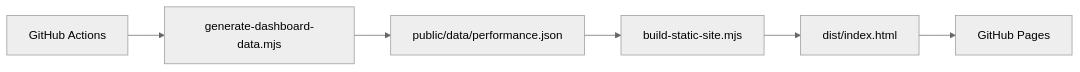
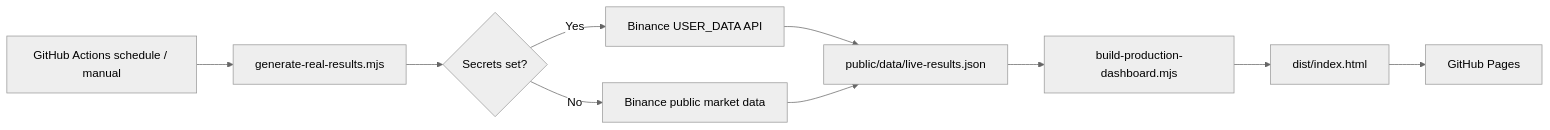
One commit to univcorp2-ctrl/crypto-auto-trade-sim changed the diagram in docs/architecture.md. Above: the diagram before and after it, drawn with Mermaid (neutral theme). The commit also changed other lines of this file, not shown here.

Commit message:
Implement production real-data trading results dashboard

````diff
--- a/docs/architecture.md
+++ b/docs/architecture.md
@@ -3,8 +3,12 @@
 ```mermaid
 flowchart LR
-  A[GitHub Actions] --> B[generate-dashboard-data.mjs]
-  B --> C[public/data/performance.json]
-  C --> D[build-static-site.mjs]
-  D --> E[dist/index.html]
-  E --> F[GitHub Pages]
+  A[GitHub Actions schedule / manual] --> B[generate-real-results.mjs]
+  B --> C{Secrets set?}
+  C -->|Yes| D[Binance USER_DATA API]
+  C -->|No| E[Binance public market data]
+  D --> F[public/data/live-results.json]
+  E --> F
+  F --> G[build-production-dashboard.mjs]
+  G --> H[dist/index.html]
+  H --> I[GitHub Pages]
 ```
````
